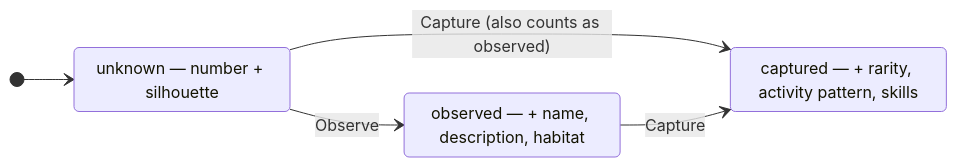
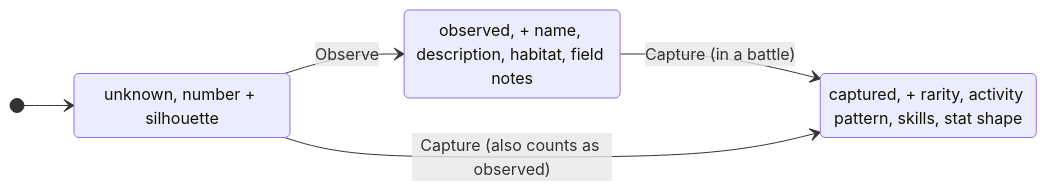
One commit to samceracas/wildbound changed the eighth of 8 diagrams in docs/07-game-systems.md. Above: the diagram before and after it, drawn with Mermaid. The commit also changed other lines of this file and 4 other files, not shown here.

First line of the commit message:
docs(0.3.0): work in progress on game systems, content and charts

````diff
--- a/docs/07-game-systems.md
+++ b/docs/07-game-systems.md
@@ -375,11 +409,11 @@
 ```mermaid
 stateDiagram-v2
     direction LR
-    unknown: unknown — number + silhouette
-    observed: observed — + name, description, habitat
-    captured: captured — + rarity, activity pattern, skills
+    unknown: unknown, number + silhouette
+    observed: observed, + name, description, habitat, field notes
+    captured: captured, + rarity, activity pattern, skills, stat shape
     [*] --> unknown
     unknown --> observed: Observe
+    observed --> captured: Capture (in a battle)
     unknown --> captured: Capture (also counts as observed)
-    observed --> captured: Capture
 ```
````
